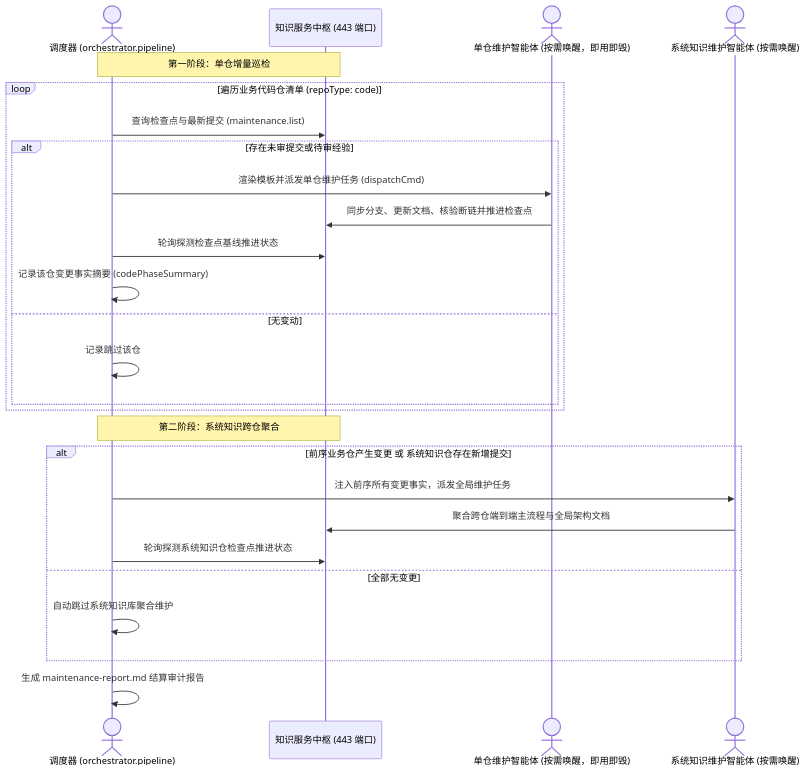
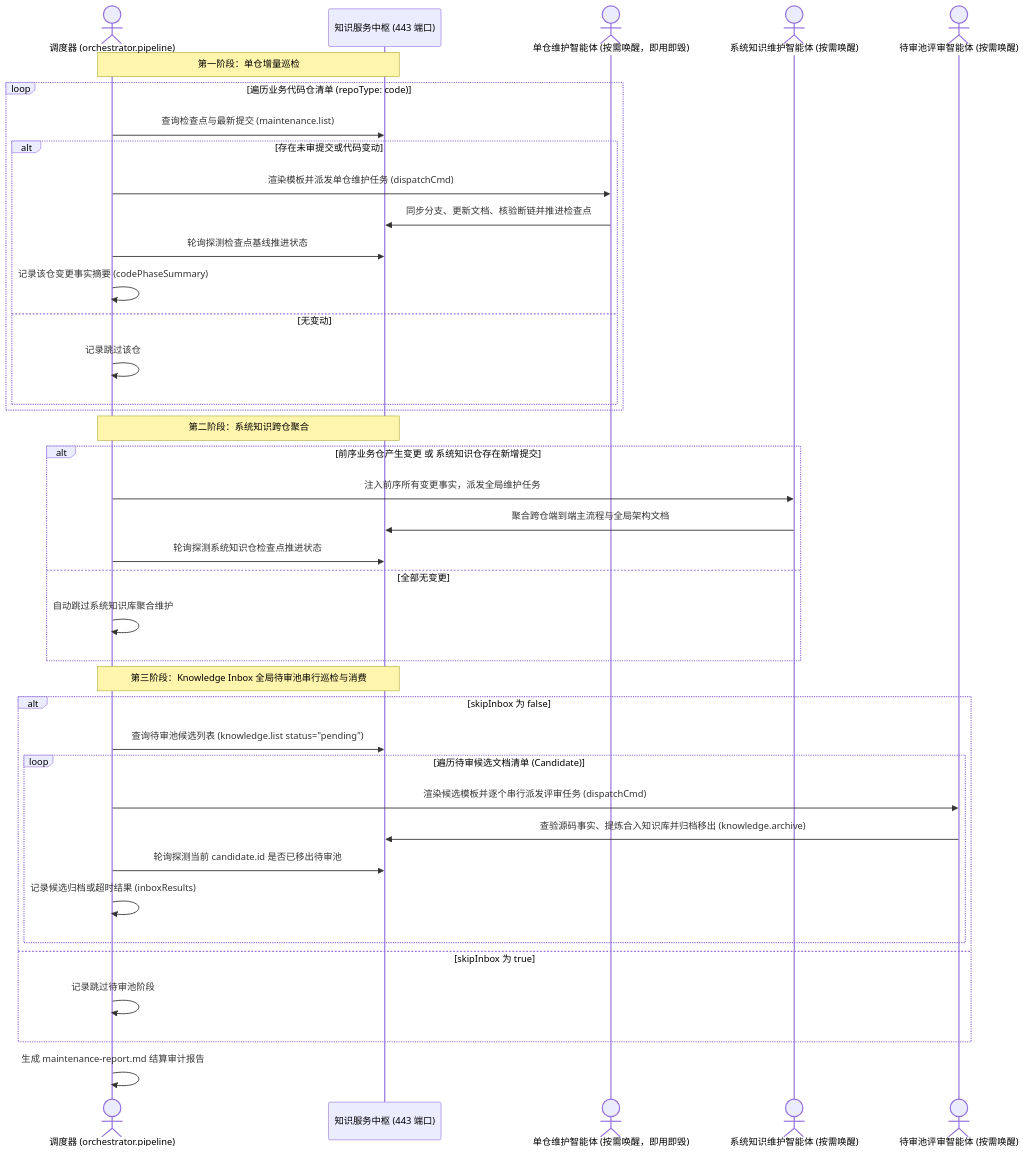
Before and after one commit to fjay/knowledge-dock: the diagram in docs/orchestration.md, drawn with Mermaid. The commit also changed other lines of this file and 14 other files, not shown here.

````diff
--- a/docs/orchestration.md
+++ b/docs/orchestration.md
@@ -50,31 +50,45 @@
 ```mermaid
 sequenceDiagram
     actor Runner as 调度器 (orchestrator.pipeline)
     participant Cloud as 知识服务中枢 (443 端口)
     actor Worker as 单仓维护智能体 (按需唤醒，即用即毁)
     actor SystemWorker as 系统知识维护智能体 (按需唤醒)
+    actor InboxWorker as 待审池评审智能体 (按需唤醒)
 
     Note over Runner,Cloud: 第一阶段：单仓增量巡检
     loop 遍历业务代码仓清单 (repoType: code)
         Runner->>Cloud: 查询检查点与最新提交 (maintenance.list)
-        alt 存在未审提交或待审经验
+        alt 存在未审提交或代码变动
             Runner->>Worker: 渲染模板并派发单仓维护任务 (dispatchCmd)
             Worker->>Cloud: 同步分支、更新文档、核验断链并推进检查点
             Runner->>Cloud: 轮询探测检查点基线推进状态
             Runner->>Runner: 记录该仓变更事实摘要 (codePhaseSummary)
         else 无变动
             Runner->>Runner: 记录跳过该仓
         end
     end
 
     Note over Runner,Cloud: 第二阶段：系统知识跨仓聚合
     alt 前序业务仓产生变更 或 系统知识仓存在新增提交
         Runner->>SystemWorker: 注入前序所有变更事实，派发全局维护任务
         SystemWorker->>Cloud: 聚合跨仓端到端主流程与全局架构文档
         Runner->>Cloud: 轮询探测系统知识仓检查点推进状态
     else 全部无变更
         Runner->>Runner: 自动跳过系统知识库聚合维护
     end
 
+    Note over Runner,Cloud: 第三阶段：Knowledge Inbox 全局待审池串行巡检与消费
+    alt skipInbox 为 false
+        Runner->>Cloud: 查询待审池候选列表 (knowledge.list status="pending")
+        loop 遍历待审候选文档清单 (Candidate)
+            Runner->>InboxWorker: 渲染候选模板并逐个串行派发评审任务 (dispatchCmd)
+            InboxWorker->>Cloud: 查验源码事实、提炼合入知识库并归档移出 (knowledge.archive)
+            Runner->>Cloud: 轮询探测当前 candidate.id 是否已移出待审池
+            Runner->>Runner: 记录候选归档或超时结果 (inboxResults)
+        end
+    else skipInbox 为 true
+        Runner->>Runner: 记录跳过待审池阶段
+    end
+
     Runner->>Runner: 生成 maintenance-report.md 结算审计报告
 ```
````
